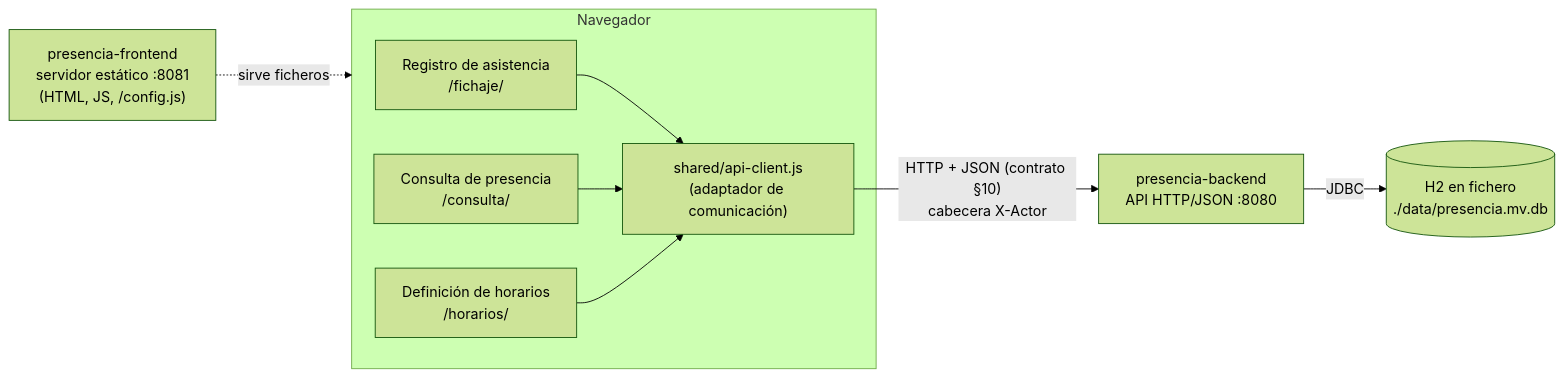
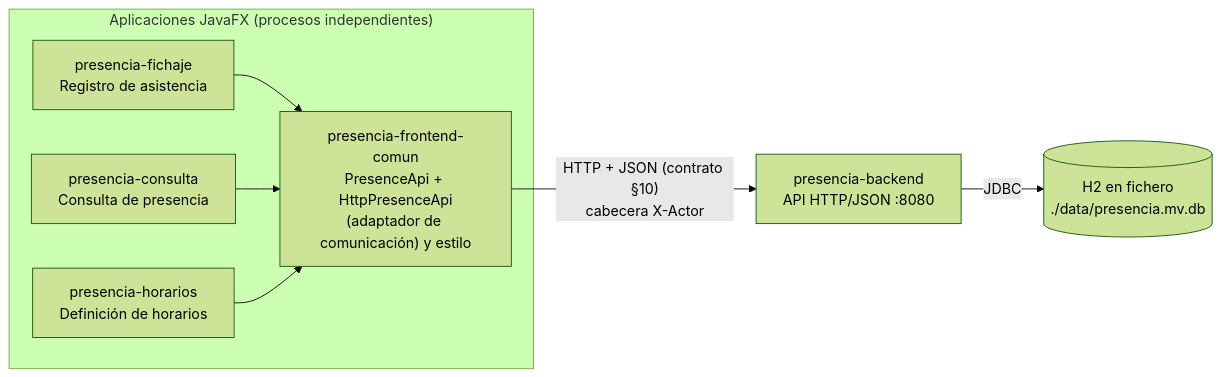
Before and after one commit to Jiujitsu2816/Asistance-app: the first of 3 diagrams in README.md, drawn with Mermaid (forest theme). The commit also changed other lines of this file and 13 other files, not shown here.

````diff
--- a/README.md
+++ b/README.md
@@ -134,16 +145,14 @@
 ```mermaid
 flowchart LR
-    subgraph Navegador
-        F1["Registro de asistencia<br/>/fichaje/"]
-        F2["Consulta de presencia<br/>/consulta/"]
-        F3["Definición de horarios<br/>/horarios/"]
-        AC["shared/api-client.js<br/>(adaptador de comunicación)"]
-        F1 & F2 & F3 --> AC
+    subgraph Escritorio["Aplicaciones JavaFX (procesos independientes)"]
+        F1["presencia-fichaje<br/>Registro de asistencia"]
+        F2["presencia-consulta<br/>Consulta de presencia"]
+        F3["presencia-horarios<br/>Definición de horarios"]
+        C["presencia-frontend-comun<br/>PresenceApi + HttpPresenceApi<br/>(adaptador de comunicación) y estilo"]
+        F1 & F2 & F3 --> C
     end
-    FS["presencia-frontend<br/>servidor estático :8081<br/>(HTML, JS, /config.js)"]
     BE["presencia-backend<br/>API HTTP/JSON :8080"]
     DB[("H2 en fichero<br/>./data/presencia.mv.db")]
-    FS -. sirve ficheros .-> Navegador
-    AC -- "HTTP + JSON (contrato §10)<br/>cabecera X-Actor" --> BE
+    C -- "HTTP + JSON (contrato §10)<br/>cabecera X-Actor" --> BE
     BE -- JDBC --> DB
 ```
````
